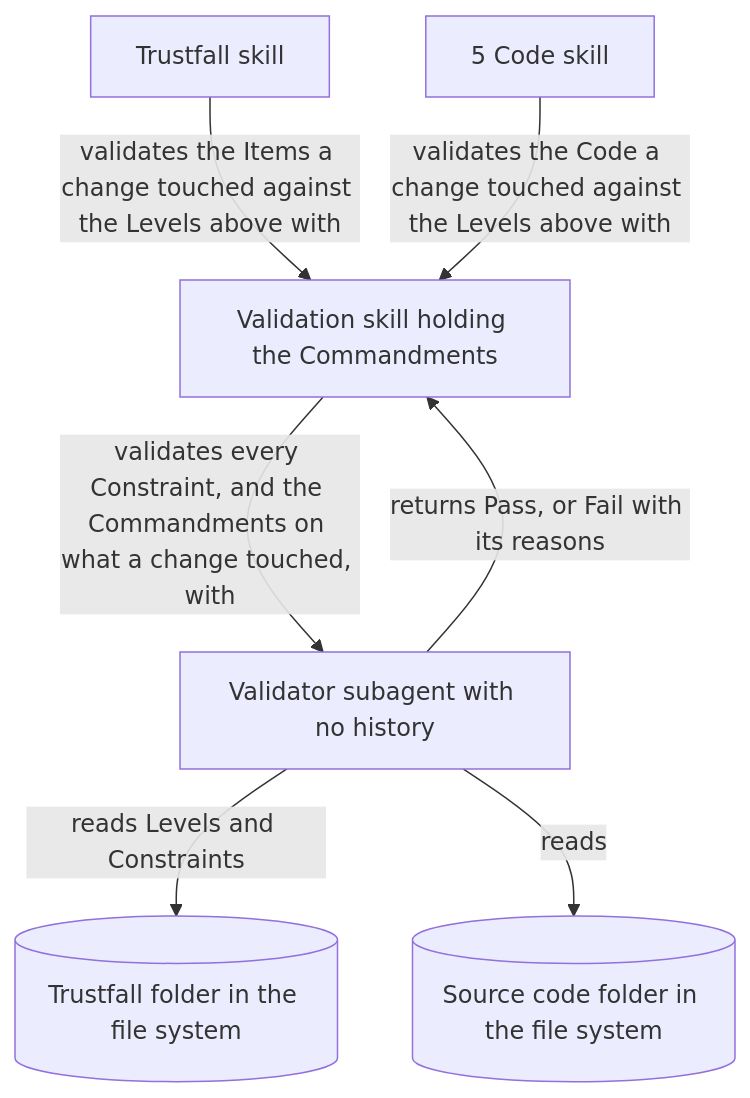
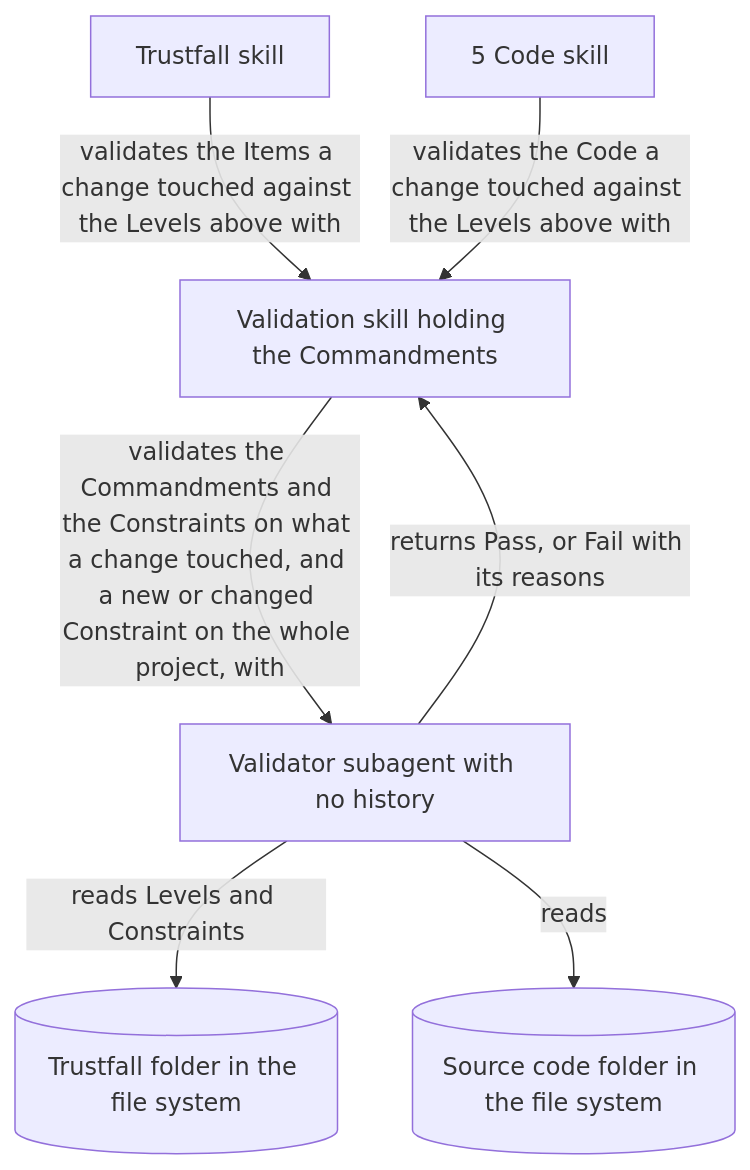
Before and after one commit to jehna/trustfall: the third of 3 diagrams in trustfall/3-architecture.md, drawn with Mermaid. The commit also changed 4 other files, not shown here.

First line of the commit message:
Change Constraint checks to what a change touched

````diff
--- a/trustfall/3-architecture.md
+++ b/trustfall/3-architecture.md
@@ -36,15 +36,15 @@
 ```mermaid
 flowchart TD
   trustfall[Trustfall skill]
   code[5 Code skill]
   validation[Validation skill holding the Commandments]
   subagent[Validator subagent with no history]
   levels[(Trustfall folder in the file system)]
   source[(Source code folder in the file system)]
   trustfall -- validates the Items a change touched against the Levels above with --> validation
   code -- validates the Code a change touched against the Levels above with --> validation
-  validation -- validates every Constraint, and the Commandments on what a change touched, with --> subagent
+  validation -- validates the Commandments and the Constraints on what a change touched, and a new or changed Constraint on the whole project, with --> subagent
   subagent -- reads Levels and Constraints --> levels
   subagent -- reads --> source
   subagent -- returns Pass, or Fail with its reasons --> validation
 ```
````
